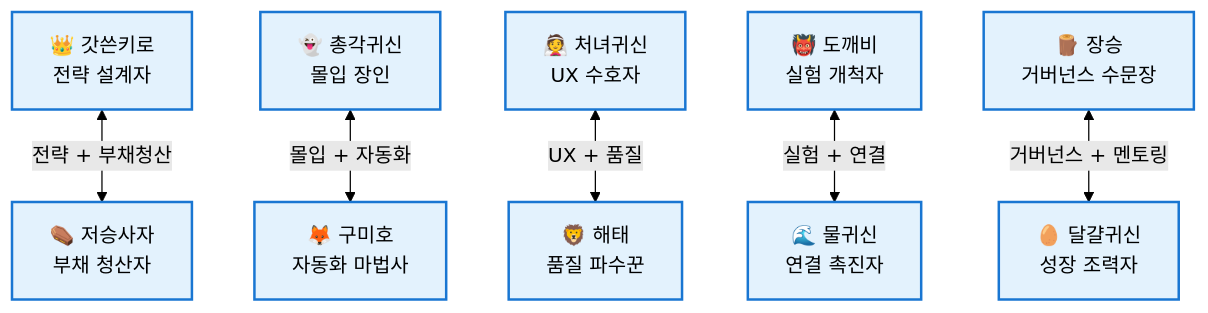
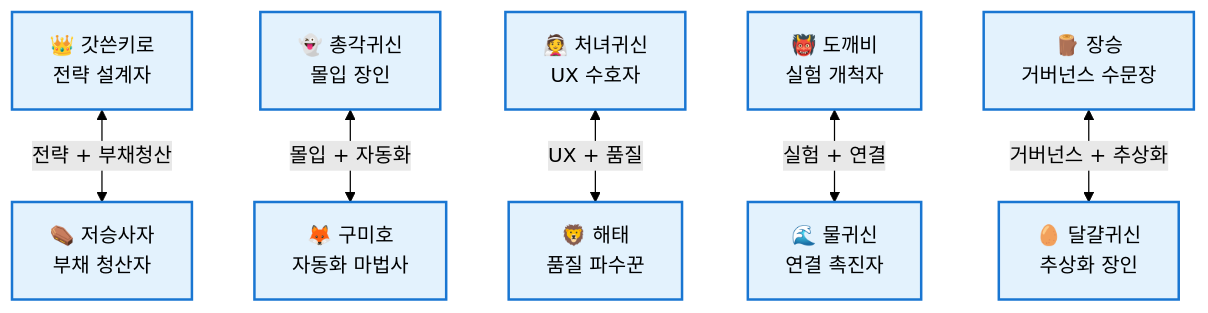
Before and after one commit to yansonz/kiro-friends: the first of 3 diagrams in docs/character-network.md, drawn with Mermaid (forest theme). The commit also changed other lines of this file and 3 other files, not shown here.

````diff
--- a/docs/character-network.md
+++ b/docs/character-network.md
@@ -5,25 +5,25 @@
 ```mermaid
 graph TB
     %% 캐릭터 노드
     gatssn["👑 갓쓴키로<br/>전략 설계자"]
     chonggak["👻 총각귀신<br/>몰입 장인"]
     cheonyeo["👰 처녀귀신<br/>UX 수호자"]
     dokkaebi["👹 도깨비<br/>실험 개척자"]
     gumiho["🦊 구미호<br/>자동화 마법사"]
     haetae["🦁 해태<br/>품질 파수꾼"]
     jangseung["🪵 장승<br/>거버넌스 수문장"]
     jeoseung["⚰️ 저승사자<br/>부채 청산자"]
     mulgwisin["🌊 물귀신<br/>연결 촉진자"]
-    dalgyal["🥚 달걀귀신<br/>성장 조력자"]
+    dalgyal["🥚 달걀귀신<br/>추상화 장인"]
     
     %% 상호 시너지 (양방향)
     gatssn <-->|"전략 + 부채청산"| jeoseung
     chonggak <-->|"몰입 + 자동화"| gumiho
     cheonyeo <-->|"UX + 품질"| haetae
     dokkaebi <-->|"실험 + 연결"| mulgwisin
-    jangseung <-->|"거버넌스 + 멘토링"| dalgyal
+    jangseung <-->|"거버넌스 + 추상화"| dalgyal
     
     %% 스타일
     classDef synergyNode fill:#e3f2fd,stroke:#1976d2,stroke-width:2px
     class gatssn,chonggak,cheonyeo,dokkaebi,gumiho,haetae,jangseung,jeoseung,mulgwisin,dalgyal synergyNode
 ```
````
